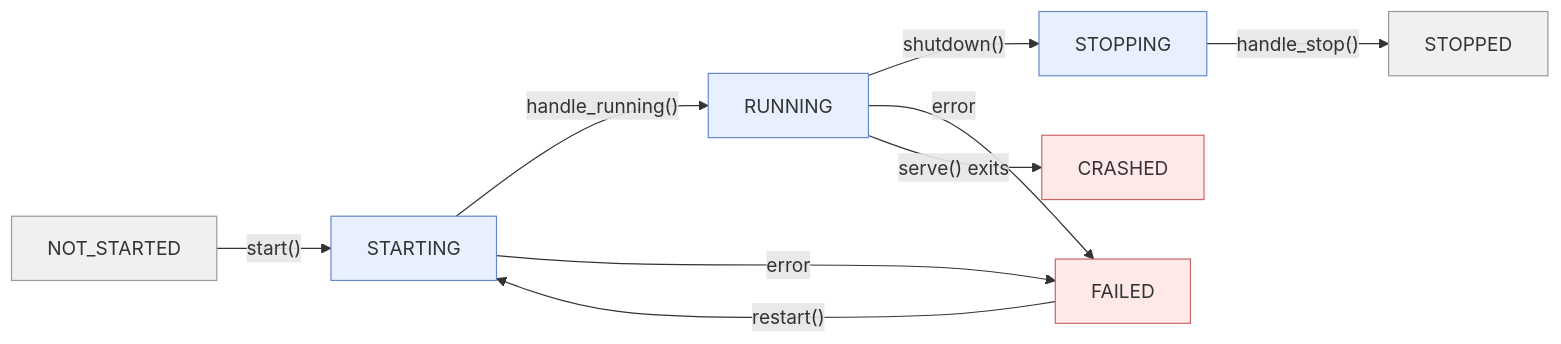
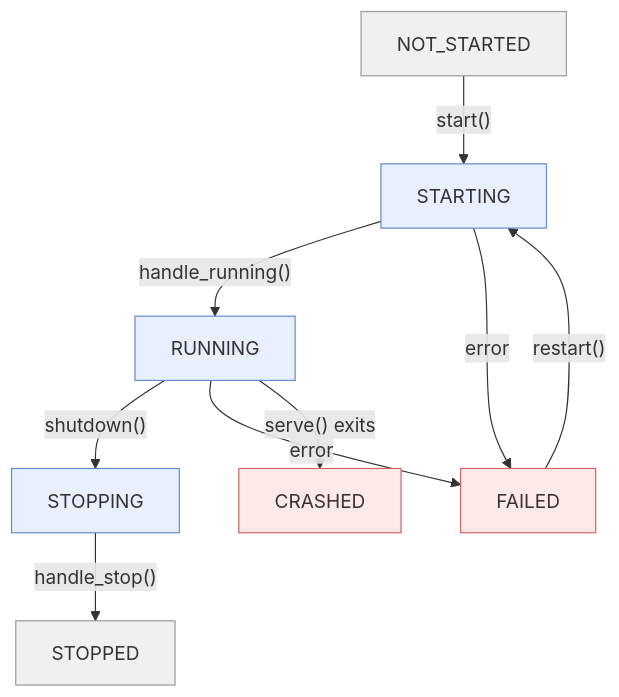
The ninth of 9 diagrams in docs/pages/core-concepts/internals.md (NodeJSmith/hassette), drawn with Mermaid before and after one commit. The commit also changed other lines of this file, not shown here.

First line of the commit message:
docs: polish diagram layouts for consistency and clarity

````diff
--- a/docs/pages/core-concepts/internals.md
+++ b/docs/pages/core-concepts/internals.md
@@ -471,19 +427,19 @@
 ```mermaid
-flowchart LR
+flowchart TD
     accTitle: Resource Lifecycle States
     accDescr: Status transitions for all framework components
 
     NOT_STARTED:::neutral -- "start()" --> STARTING:::active
     STARTING -- "handle_running()" --> RUNNING:::active
     RUNNING -- "shutdown()" --> STOPPING:::active
     STOPPING -- "handle_stop()" --> STOPPED:::neutral
 
     STARTING -- "error" --> FAILED:::error
     RUNNING -- "error" --> FAILED
     RUNNING -- "serve() exits" --> CRASHED:::error
     FAILED -- "restart()" --> STARTING
 
     classDef neutral fill:#f0f0f0,stroke:#999,color:#333
     classDef active fill:#e8f0ff,stroke:#6688cc,color:#333
     classDef error fill:#ffe8e8,stroke:#cc6666,color:#333
 ```
````
